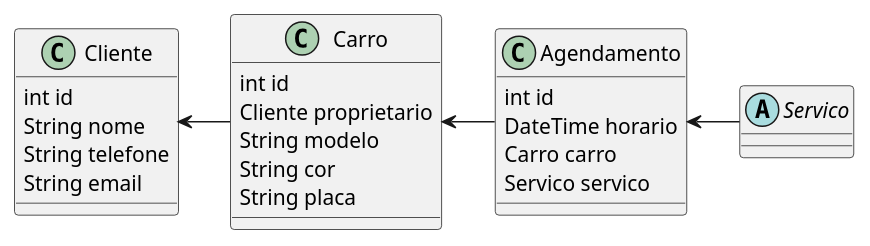
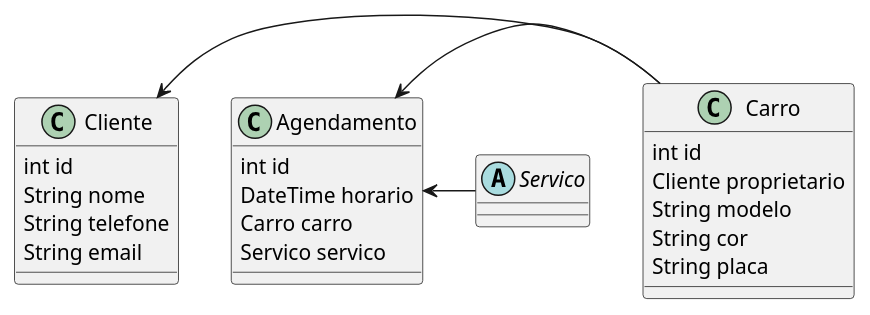
One commit to lukksRhyan/LavaJatoOnlinePWIIV2 changed the diagram in src/main/resources/templates/Cliente.puml. Above: the diagram before and after it, drawn with PlantUML. The commit also changed 8 other files, not shown here.

```diff
--- a/src/main/resources/templates/Cliente.puml
+++ b/src/main/resources/templates/Cliente.puml
@@ -1,30 +1,30 @@
 @startuml
 'https://plantuml.com/class-diagram
 
 class Cliente{
     int id
     String nome
     String telefone
     String email
 }
 class Agendamento{
     int id
     DateTime horario
     Carro carro
     Servico servico
 }
 class Carro{
 int id
 Cliente proprietario
 String modelo
 String cor
 String placa
 
 }
 abstract class Servico
 
 Cliente <- Carro
 Agendamento <- Servico
-Carro <- Agendamento
+Agendamento <- Carro
 
 @enduml
```
